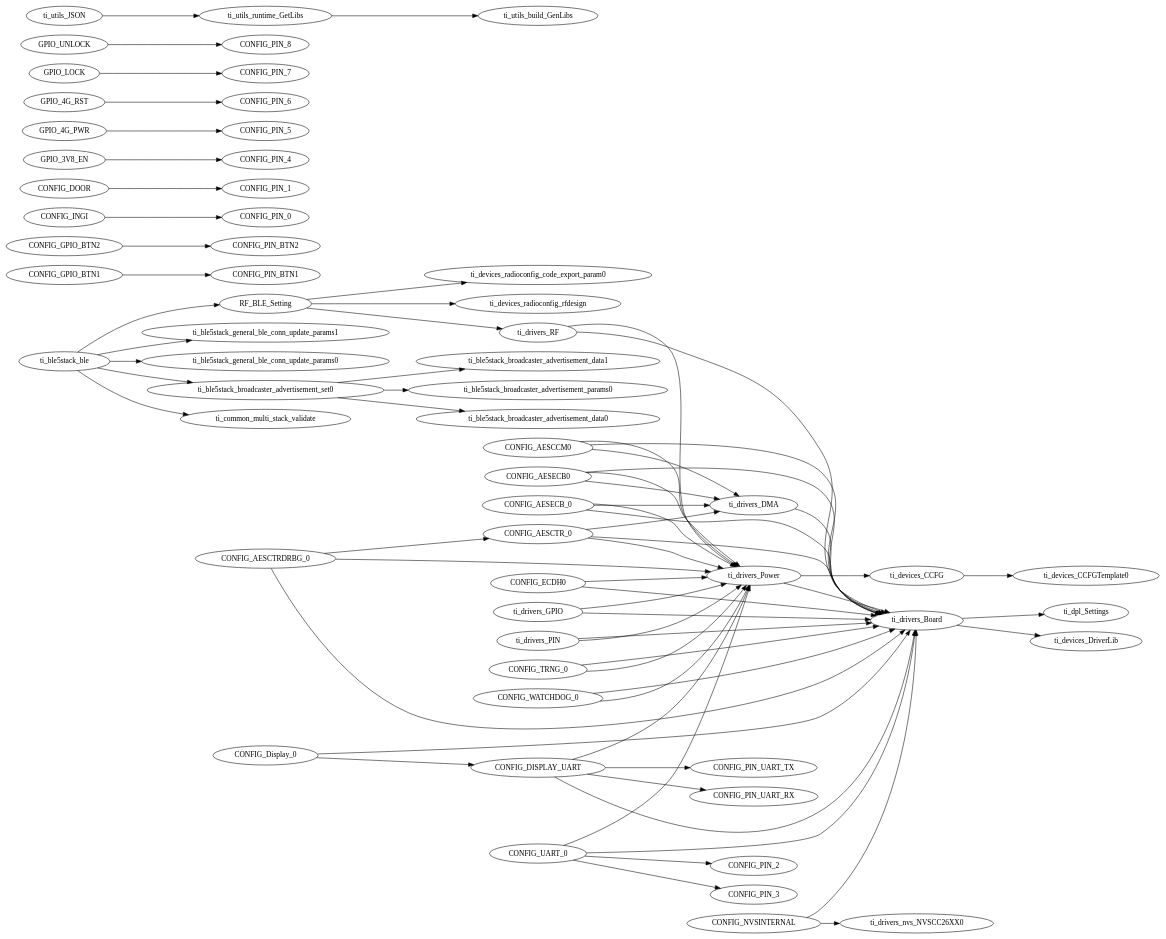
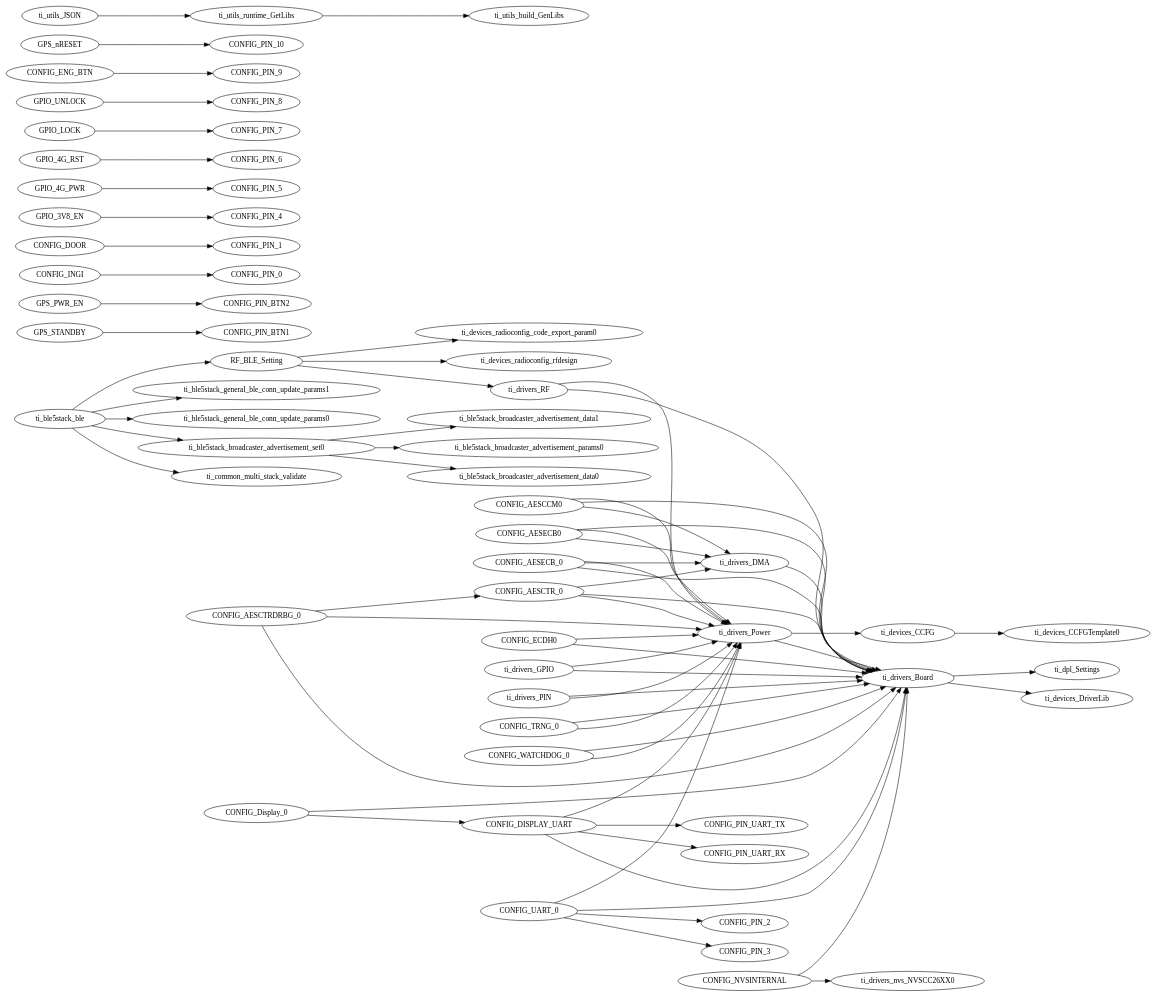
The diagram in src/IS006_OBDII_multi_role_CC13X2R1_LAUNCHXL_tirtos_ccs2_external_gps_module/Release/syscfg/ti_utils_runtime_model.gv (weliwang/IS006_OBDII), drawn with Graphviz before and after one commit. The commit also changed 7 other files, not shown here.

```diff
--- a/src/IS006_OBDII_multi_role_CC13X2R1_LAUNCHXL_tirtos_ccs2_external_gps_module/Release/syscfg/ti_utils_runtime_model.gv
+++ b/src/IS006_OBDII_multi_role_CC13X2R1_LAUNCHXL_tirtos_ccs2_external_gps_module/Release/syscfg/ti_utils_runtime_model.gv
@@ -1,139 +1,141 @@
 digraph Model
 {
     graph[rankdir=LR]
 
     // mod.$name=/ti/ble5stack/ble
     ti_ble5stack_ble -> ti_common_multi_stack_validate
     ti_ble5stack_ble -> RF_BLE_Setting
     ti_ble5stack_ble -> ti_ble5stack_general_ble_conn_update_params1
     ti_ble5stack_ble -> ti_ble5stack_general_ble_conn_update_params0
     ti_ble5stack_ble -> ti_ble5stack_broadcaster_advertisement_set0
 
     // mod.$name=/ti/ble5stack/broadcaster/advertisement_data
 
     // mod.$name=/ti/ble5stack/broadcaster/advertisement_params
 
     // mod.$name=/ti/ble5stack/broadcaster/advertisement_set
     ti_ble5stack_broadcaster_advertisement_set0 -> ti_ble5stack_broadcaster_advertisement_params0
     ti_ble5stack_broadcaster_advertisement_set0 -> ti_ble5stack_broadcaster_advertisement_data0
     ti_ble5stack_broadcaster_advertisement_set0 -> ti_ble5stack_broadcaster_advertisement_data1
 
     // mod.$name=/ti/ble5stack/general/ble_conn_update_params
 
     // mod.$name=/ti/common/multi_stack_validate
 
     // mod.$name=/ti/devices/CCFG
     ti_devices_CCFG -> ti_devices_CCFGTemplate0
 
     // mod.$name=/ti/devices/CCFGTemplate
 
     // mod.$name=/ti/devices/DriverLib
 
     // mod.$name=/ti/devices/radioconfig/code_export_param
 
     // mod.$name=/ti/devices/radioconfig/rfdesign
 
     // mod.$name=/ti/devices/radioconfig/settings/ble
     RF_BLE_Setting -> ti_drivers_RF
     RF_BLE_Setting -> ti_devices_radioconfig_rfdesign
     RF_BLE_Setting -> ti_devices_radioconfig_code_export_param0
 
     // mod.$name=/ti/display/Display
     CONFIG_Display_0 -> ti_drivers_Board
     CONFIG_Display_0 -> CONFIG_DISPLAY_UART
 
     // mod.$name=/ti/dpl/Settings
 
     // mod.$name=/ti/drivers/AESCCM
     CONFIG_AESCCM0 -> ti_drivers_DMA
     CONFIG_AESCCM0 -> ti_drivers_Power
     CONFIG_AESCCM0 -> ti_drivers_Board
 
     // mod.$name=/ti/drivers/AESCTR
     CONFIG_AESCTR_0 -> ti_drivers_DMA
     CONFIG_AESCTR_0 -> ti_drivers_Power
     CONFIG_AESCTR_0 -> ti_drivers_Board
 
     // mod.$name=/ti/drivers/AESCTRDRBG
     CONFIG_AESCTRDRBG_0 -> ti_drivers_Power
     CONFIG_AESCTRDRBG_0 -> ti_drivers_Board
     CONFIG_AESCTRDRBG_0 -> CONFIG_AESCTR_0
 
     // mod.$name=/ti/drivers/AESECB
     CONFIG_AESECB0 -> ti_drivers_DMA
     CONFIG_AESECB0 -> ti_drivers_Power
     CONFIG_AESECB0 -> ti_drivers_Board
     CONFIG_AESECB_0 -> ti_drivers_DMA
     CONFIG_AESECB_0 -> ti_drivers_Power
     CONFIG_AESECB_0 -> ti_drivers_Board
 
     // mod.$name=/ti/drivers/Board
     ti_drivers_Board -> ti_devices_DriverLib
     ti_drivers_Board -> ti_dpl_Settings
 
     // mod.$name=/ti/drivers/DMA
     ti_drivers_DMA -> ti_drivers_Board
 
     // mod.$name=/ti/drivers/ECDH
     CONFIG_ECDH0 -> ti_drivers_Power
     CONFIG_ECDH0 -> ti_drivers_Board
 
     // mod.$name=/ti/drivers/GPIO
     ti_drivers_GPIO -> ti_drivers_Power
     ti_drivers_GPIO -> ti_drivers_Board
-    CONFIG_GPIO_BTN1 -> CONFIG_PIN_BTN1
-    CONFIG_GPIO_BTN2 -> CONFIG_PIN_BTN2
+    GPS_STANDBY -> CONFIG_PIN_BTN1
+    GPS_PWR_EN -> CONFIG_PIN_BTN2
     CONFIG_INGI -> CONFIG_PIN_0
     CONFIG_DOOR -> CONFIG_PIN_1
     GPIO_3V8_EN -> CONFIG_PIN_4
     GPIO_4G_PWR -> CONFIG_PIN_5
     GPIO_4G_RST -> CONFIG_PIN_6
     GPIO_LOCK -> CONFIG_PIN_7
     GPIO_UNLOCK -> CONFIG_PIN_8
+    CONFIG_ENG_BTN -> CONFIG_PIN_9
+    GPS_nRESET -> CONFIG_PIN_10
 
     // mod.$name=/ti/drivers/NVS
     CONFIG_NVSINTERNAL -> ti_drivers_Board
     CONFIG_NVSINTERNAL -> ti_drivers_nvs_NVSCC26XX0
 
     // mod.$name=/ti/drivers/PIN
     ti_drivers_PIN -> ti_drivers_Power
     ti_drivers_PIN -> ti_drivers_Board
 
     // mod.$name=/ti/drivers/Power
     ti_drivers_Power -> ti_devices_CCFG
     ti_drivers_Power -> ti_drivers_Board
 
     // mod.$name=/ti/drivers/RF
     ti_drivers_RF -> ti_drivers_Power
     ti_drivers_RF -> ti_drivers_Board
 
     // mod.$name=/ti/drivers/RTOS
 
     // mod.$name=/ti/drivers/TRNG
     CONFIG_TRNG_0 -> ti_drivers_Power
     CONFIG_TRNG_0 -> ti_drivers_Board
 
     // mod.$name=/ti/drivers/UART
     CONFIG_DISPLAY_UART -> ti_drivers_Power
     CONFIG_DISPLAY_UART -> ti_drivers_Board
     CONFIG_UART_0 -> ti_drivers_Power
     CONFIG_UART_0 -> ti_drivers_Board
     CONFIG_DISPLAY_UART -> CONFIG_PIN_UART_TX
     CONFIG_DISPLAY_UART -> CONFIG_PIN_UART_RX
     CONFIG_UART_0 -> CONFIG_PIN_2
     CONFIG_UART_0 -> CONFIG_PIN_3
 
     // mod.$name=/ti/drivers/Watchdog
     CONFIG_WATCHDOG_0 -> ti_drivers_Power
     CONFIG_WATCHDOG_0 -> ti_drivers_Board
 
     // mod.$name=/ti/drivers/nvs/NVSCC26XX
 
     // mod.$name=/ti/utils/JSON
     ti_utils_JSON -> ti_utils_runtime_GetLibs
 
     // mod.$name=/ti/utils/build/GenLibs
 
     // mod.$name=/ti/utils/runtime/GetLibs
     ti_utils_runtime_GetLibs -> ti_utils_build_GenLibs
 }
```
